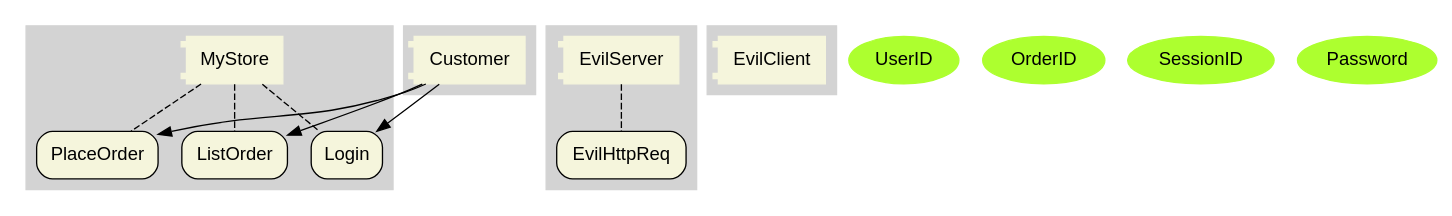
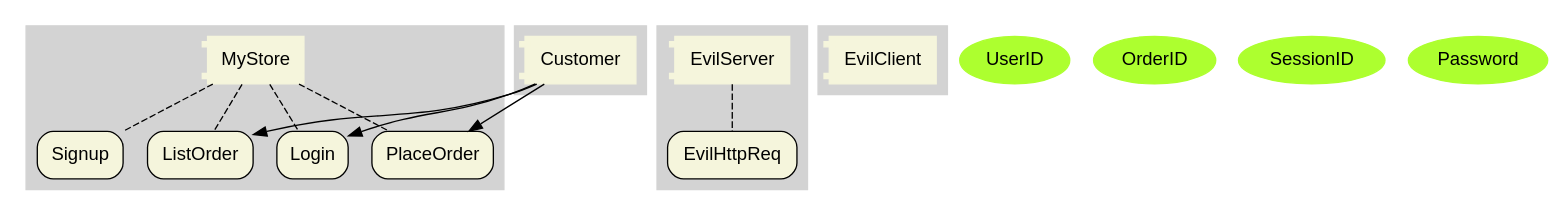
Before and after one commit to kyessenov/poirot: the diagram in generated/alloy/poirotmodel.dot, drawn with Graphviz. The commit also changed 18 other files, not shown here.

```diff
--- a/generated/alloy/poirotmodel.dot
+++ b/generated/alloy/poirotmodel.dot
@@ -1,36 +1,38 @@
 digraph g {
 graph[fontname="helvetica", splines=true, concentrate=true];
 node[fontname="helvetica"];
 edge[fontname="helvetica", len=1.0];
 subgraph cluster_MyStore { 
 style=filled; color=lightgrey;
 MyStore [shape=component,style="filled",color="beige"];
+MyStore_MyStore__Signup [label="Signup",shape=rectangle,fillcolor="beige",style="filled,rounded"];
+MyStore -> MyStore_MyStore__Signup [style=dashed,dir=none];
 MyStore_MyStore__Login [label="Login",shape=rectangle,fillcolor="beige",style="filled,rounded"];
 MyStore -> MyStore_MyStore__Login [style=dashed,dir=none];
 MyStore_MyStore__PlaceOrder [label="PlaceOrder",shape=rectangle,fillcolor="beige",style="filled,rounded"];
 MyStore -> MyStore_MyStore__PlaceOrder [style=dashed,dir=none];
 MyStore_MyStore__ListOrder [label="ListOrder",shape=rectangle,fillcolor="beige",style="filled,rounded"];
 MyStore -> MyStore_MyStore__ListOrder [style=dashed,dir=none];
 }
 subgraph cluster_Customer { 
 style=filled; color=lightgrey;
 Customer [shape=component,style="filled",color="beige"];
 }
 Customer -> MyStore_MyStore__Login;
 Customer -> MyStore_MyStore__PlaceOrder;
 Customer -> MyStore_MyStore__ListOrder;
 subgraph cluster_EvilServer { 
 style=filled; color=lightgrey;
 EvilServer [shape=component,style="filled",color="beige"];
 EvilServer_EvilServer__EvilHttpReq [label="EvilHttpReq",shape=rectangle,fillcolor="beige",style="filled,rounded"];
 EvilServer -> EvilServer_EvilServer__EvilHttpReq [style=dashed,dir=none];
 }
 subgraph cluster_EvilClient { 
 style=filled; color=lightgrey;
 EvilClient [shape=component,style="filled",color="beige"];
 }
 UserID[shape=ellipse,style="filled",color="greenyellow"];
 OrderID[shape=ellipse,style="filled",color="greenyellow"];
 SessionID[shape=ellipse,style="filled",color="greenyellow"];
 Password[shape=ellipse,style="filled",color="greenyellow"];
 }
```
